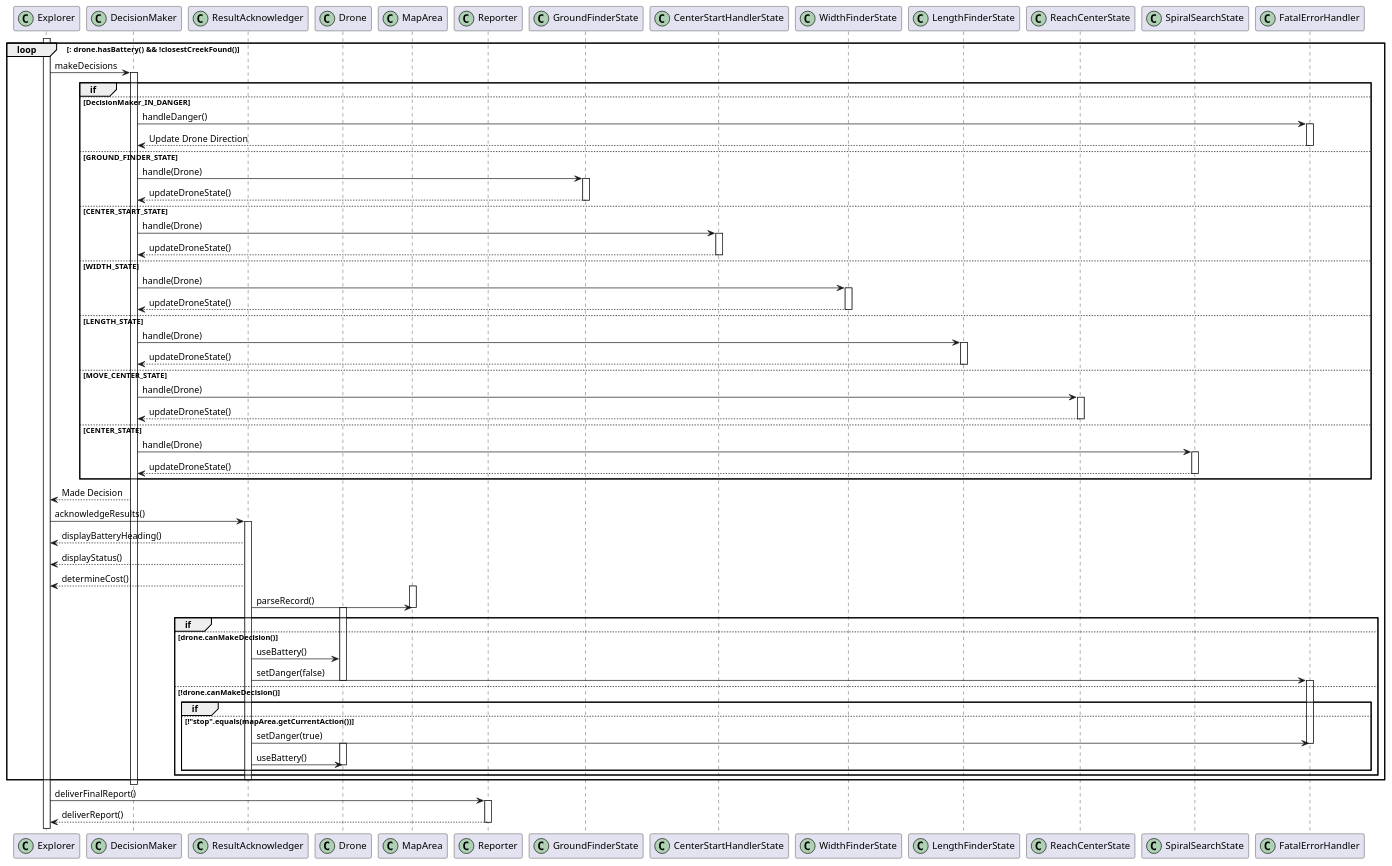
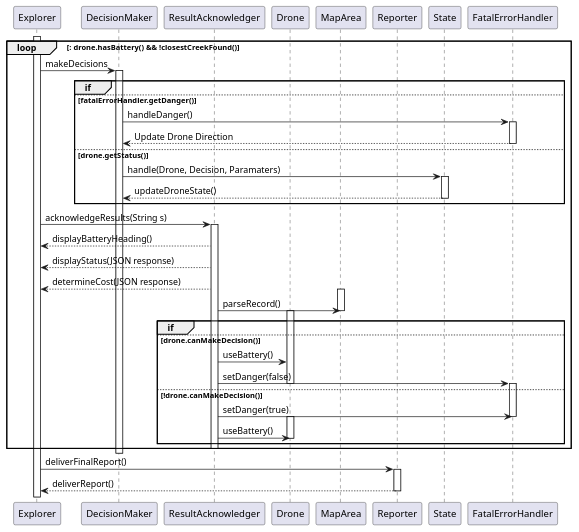
One commit to 2AA4-W24/a2-rescue-mission-team-106 changed the diagram in UML Diagrams/Sequence Diagram.puml. Above: the diagram before and after it, drawn with PlantUML.

Commit message:
Clean sequence diagram

```diff
--- a/UML Diagrams/Sequence Diagram.puml
+++ b/UML Diagrams/Sequence Diagram.puml
@@ -1,102 +1,69 @@
 @startuml
 
-participant Explorer << (C,#ADD1B2)>>
-participant DecisionMaker << (C,#ADD1B2)>>
-participant ResultAcknowledger << (C,#ADD1B2)>>
-participant Drone << (C,#ADD1B2)>>
-participant MapArea << (C,#ADD1B2)>>
-participant Reporter << (C,#ADD1B2)>>
-participant GroundFinderState << (C,#ADD1B2)>>
-participant CenterStartHandlerState << (C,#ADD1B2)>>
-participant WidthFinderState  << (C,#ADD1B2)>>
-participant LengthFinderState << (C,#ADD1B2)>>
-participant ReachCenterState  << (C,#ADD1B2)>>
-participant SpiralSearchState << (C,#ADD1B2)>>
-participant FatalErrorHandler << (C,#ADD1B2)>>
+participant Explorer 
+participant DecisionMaker
+participant ResultAcknowledger 
+participant Drone 
+participant MapArea 
+participant Reporter 
+participant State 
+participant FatalErrorHandler 
 
 activate Explorer
 loop : drone.hasBattery() && !closestCreekFound()
 Explorer -> DecisionMaker: makeDecisions
 activate DecisionMaker
 
 group if 
-else DecisionMaker_IN_DANGER
+else fatalErrorHandler.getDanger()
 DecisionMaker -> FatalErrorHandler: handleDanger()
 activate FatalErrorHandler
 FatalErrorHandler --> DecisionMaker : Update Drone Direction
 deactivate FatalErrorHandler
-else GROUND_FINDER_STATE
-DecisionMaker -> GroundFinderState : handle(Drone) 
-activate GroundFinderState
-GroundFinderState --> DecisionMaker : updateDroneState()
-deactivate GroundFinderState
-else CENTER_START_STATE
-DecisionMaker -> CenterStartHandlerState : handle(Drone)
-activate CenterStartHandlerState
-CenterStartHandlerState --> DecisionMaker : updateDroneState()
-deactivate CenterStartHandlerState
-else WIDTH_STATE
-DecisionMaker -> WidthFinderState : handle(Drone)
-activate WidthFinderState
-WidthFinderState --> DecisionMaker : updateDroneState()
-deactivate WidthFinderState
-else LENGTH_STATE
-DecisionMaker -> LengthFinderState : handle(Drone)
-activate LengthFinderState
-LengthFinderState --> DecisionMaker : updateDroneState()
-deactivate LengthFinderState
-else MOVE_CENTER_STATE
-DecisionMaker -> ReachCenterState : handle(Drone)
-activate ReachCenterState
-ReachCenterState --> DecisionMaker : updateDroneState()
-deactivate ReachCenterState
-else CENTER_STATE
-DecisionMaker -> SpiralSearchState : handle(Drone)
-activate SpiralSearchState
-SpiralSearchState --> DecisionMaker : updateDroneState()
-deactivate SpiralSearchState
+else  drone.getStatus()
+DecisionMaker -> State : handle(Drone, Decision, Paramaters) 
+activate State
+State --> DecisionMaker : updateDroneState()
+deactivate State
 end
-DecisionMaker --> Explorer : Made Decision
 
-Explorer -> ResultAcknowledger: acknowledgeResults()
+Explorer -> ResultAcknowledger: acknowledgeResults(String s)
 activate ResultAcknowledger
 ResultAcknowledger --> Explorer: displayBatteryHeading()
-ResultAcknowledger --> Explorer: displayStatus()
-ResultAcknowledger --> Explorer: determineCost()
+ResultAcknowledger --> Explorer: displayStatus(JSON response)
+ResultAcknowledger --> Explorer: determineCost(JSON response)
 
 
 
 activate MapArea
 ResultAcknowledger -> MapArea: parseRecord()
 deactivate MapArea
 
 group if
 else drone.canMakeDecision()
 activate Drone
 ResultAcknowledger -> Drone :useBattery()
 ResultAcknowledger -> FatalErrorHandler :setDanger(false)
 deactivate Drone
 else !drone.canMakeDecision()
 
-group if 
-else !"stop".equals(mapArea.getCurrentAction())
-
 activate FatalErrorHandler
 ResultAcknowledger -> FatalErrorHandler: setDanger(true)
 deactivate FatalErrorHandler
 
 activate Drone
 ResultAcknowledger -> Drone :useBattery()
 deactivate Drone
-end
+
+
 end
 
 deactivate ResultAcknowledger
 end
 deactivate DecisionMaker
 
 Explorer -> Reporter: deliverFinalReport()
 activate Reporter
 Reporter --> Explorer: deliverReport()
 deactivate Reporter
 @enduml
```
